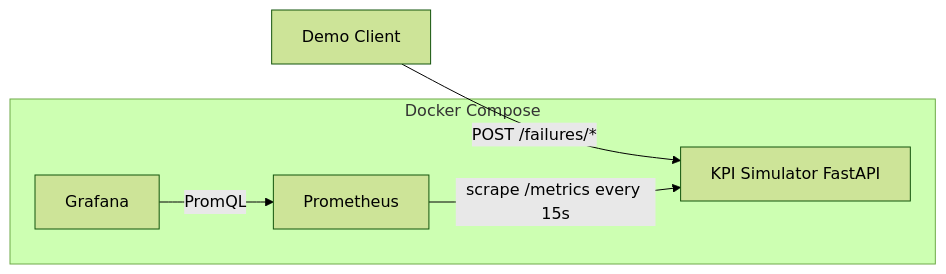
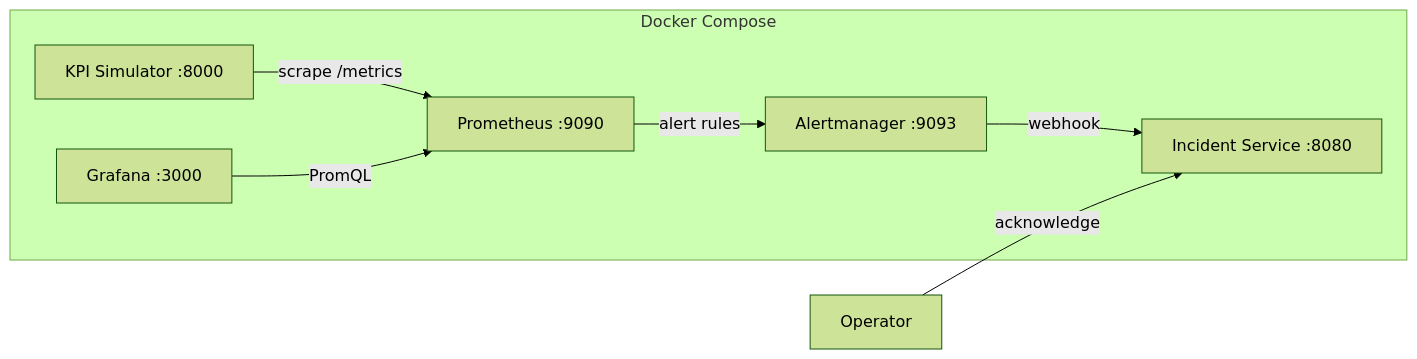
One commit to plsmith67/milewire-telecom-oss-observability changed the diagram in README.md. Above: the diagram before and after it, drawn with Mermaid (forest theme). The commit also changed other lines of this file and 23 other files, not shown here.

````diff
--- a/README.md
+++ b/README.md
@@ -7,12 +7,15 @@
 ```mermaid
 flowchart LR
   subgraph compose [Docker Compose]
-    Sim[KPI Simulator FastAPI]
-    Prom[Prometheus]
-    Graf[Grafana]
+    Sim[KPI Simulator :8000]
+    Prom[Prometheus :9090]
+    Am[Alertmanager :9093]
+    Inc[Incident Service :8080]
+    Graf[Grafana :3000]
   end
-  Demo[Demo Client]
-  Demo -->|"POST /failures/*"| Sim
-  Prom -->|"scrape /metrics every 15s"| Sim
+  Sim -->|"scrape /metrics"| Prom
+  Prom -->|"alert rules"| Am
+  Am -->|"webhook"| Inc
   Graf -->|"PromQL"| Prom
+  Ops[Operator] -->|"acknowledge"| Inc
 ```
````
